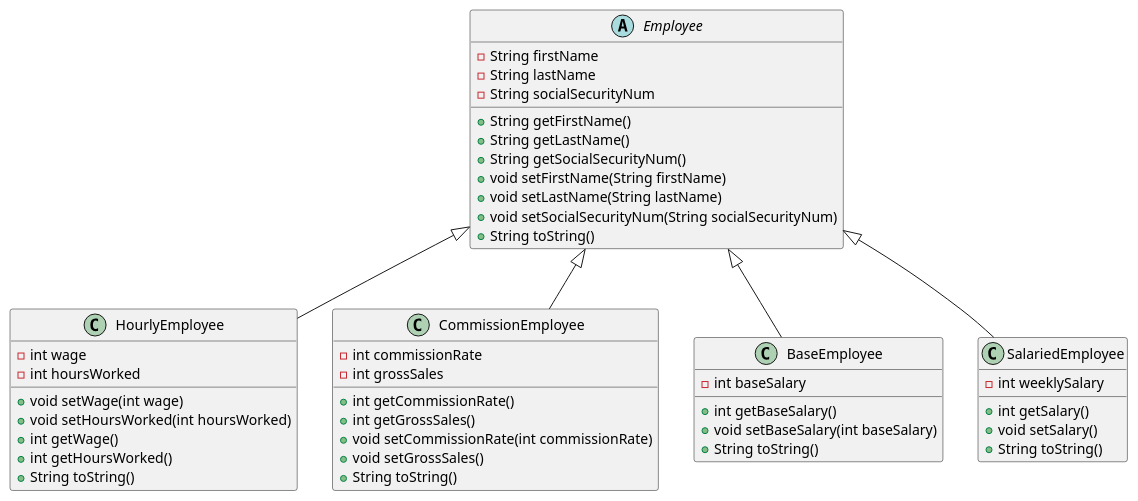
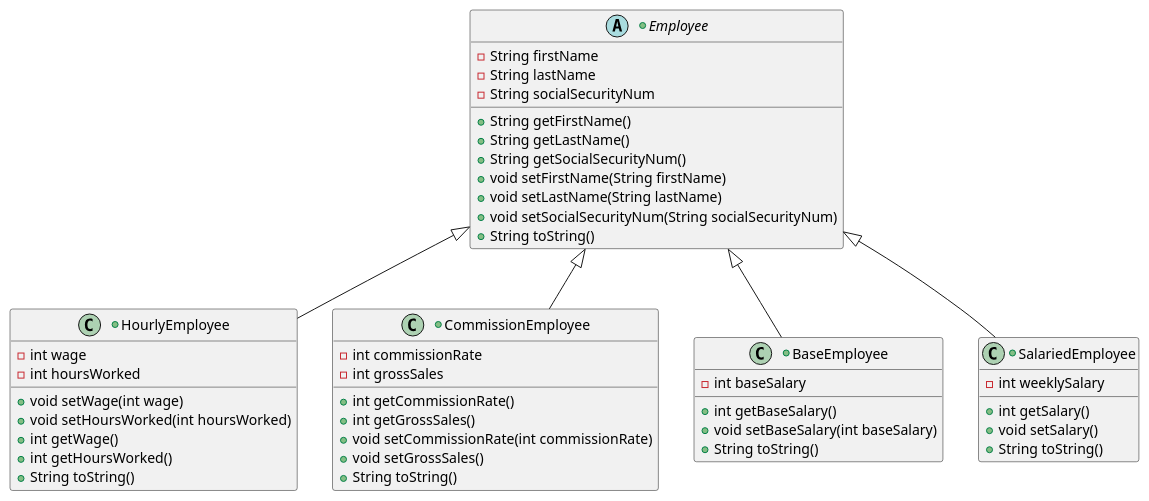
One commit to hsswanson/cs5800_hw4_pt1 changed the diagram in src/Employee.puml. Above: the diagram before and after it, drawn with PlantUML.

Commit message:
added access modifiers to classes PUML

```diff
--- a/src/Employee.puml
+++ b/src/Employee.puml
@@ -1,55 +1,55 @@
 @startuml
 'https://plantuml.com/class-diagram
 
-abstract class Employee{
++abstract class Employee{
 -String firstName
 -String lastName
 -String socialSecurityNum
 +String getFirstName()
 +String getLastName()
 +String getSocialSecurityNum()
 +void setFirstName(String firstName)
 +void setLastName(String lastName)
 +void setSocialSecurityNum(String socialSecurityNum)
 +String toString()
 }
 
-class HourlyEmployee{
++class HourlyEmployee{
 -int wage
 -int hoursWorked
 +void setWage(int wage)
 +void setHoursWorked(int hoursWorked)
 +int getWage()
 +int getHoursWorked()
 +String toString()
 }
-class CommissionEmployee{
++class CommissionEmployee{
 -int commissionRate
 -int grossSales
 +int getCommissionRate()
 +int getGrossSales()
 +void setCommissionRate(int commissionRate)
 +void setGrossSales()
 +String toString()
 }
-class BaseEmployee{
++class BaseEmployee{
 -int baseSalary
 +int getBaseSalary()
 +void setBaseSalary(int baseSalary)
 +String toString()
 }
-class SalariedEmployee{
++class SalariedEmployee{
 -int weeklySalary
 +int getSalary()
 +void setSalary()
 +String toString()
 }
 
 Employee <|-- HourlyEmployee
 Employee <|-- CommissionEmployee
 Employee <|-- BaseEmployee
 Employee <|-- SalariedEmployee
 
 
 
 @enduml
```
